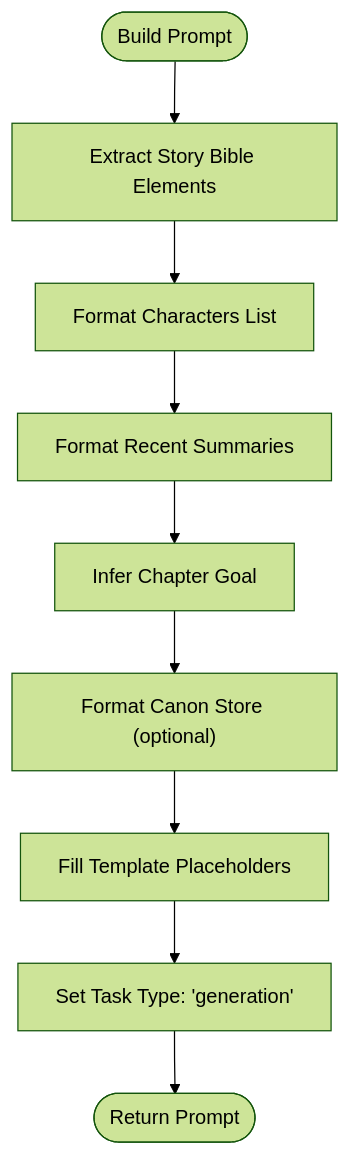
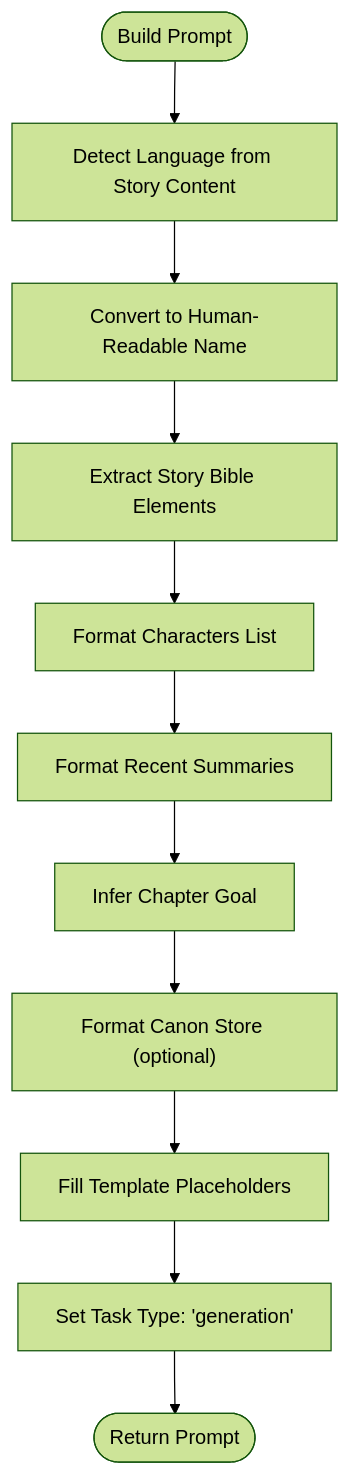
Before and after one commit to liwonder/NARRITIVE_OS: the fourth of 10 diagrams in .qoder/repowiki/en/content/AI Agent System/Writer Agent.md, drawn with Mermaid (forest theme). The commit also changed other lines of this file and 10 other files, not shown here.

````diff
--- a/.qoder/repowiki/en/content/AI Agent System/Writer Agent.md
+++ b/.qoder/repowiki/en/content/AI Agent System/Writer Agent.md
@@ -234,11 +264,13 @@
 ```mermaid
 flowchart TD
-Start(["Build Prompt"]) --> SB["Extract Story Bible Elements"]
+Start(["Build Prompt"]) --> LangDetect["Detect Language from Story Content"]
+LangDetect --> LangConvert["Convert to Human-Readable Name"]
+LangConvert --> SB["Extract Story Bible Elements"]
 SB --> Chars["Format Characters List"]
 Chars --> Summaries["Format Recent Summaries"]
 Summaries --> Goal["Infer Chapter Goal"]
 Goal --> Canon["Format Canon Store (optional)"]
 Canon --> Template["Fill Template Placeholders"]
 Template --> Task["Set Task Type: 'generation'"]
 Task --> End(["Return Prompt"])
 ```
````
